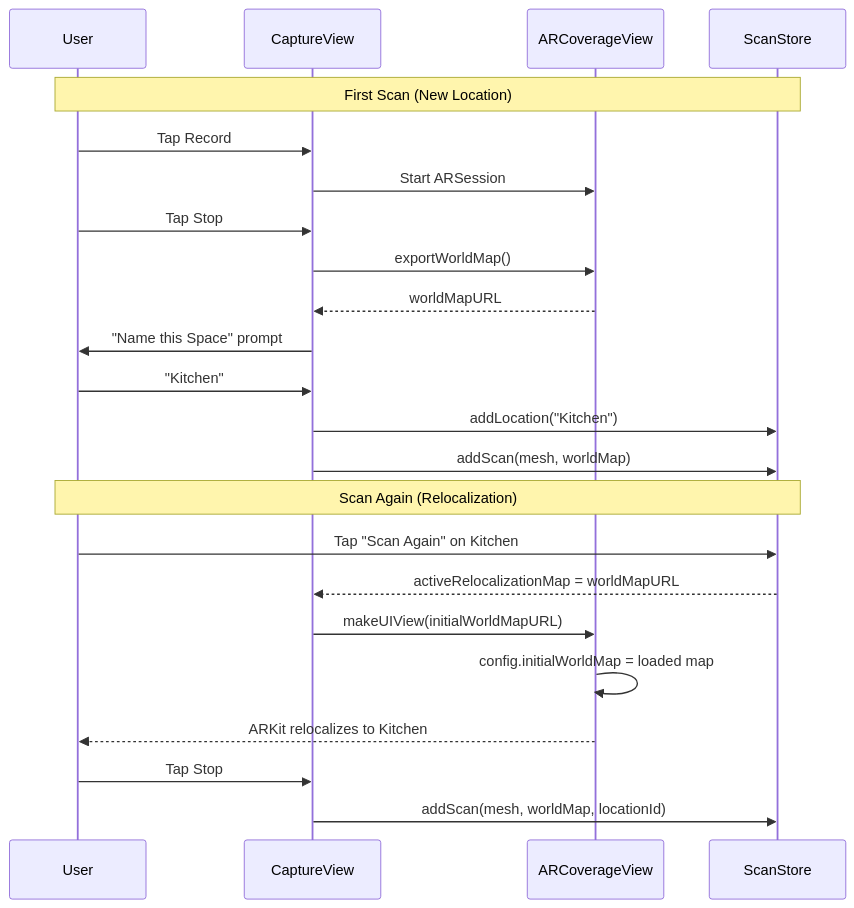
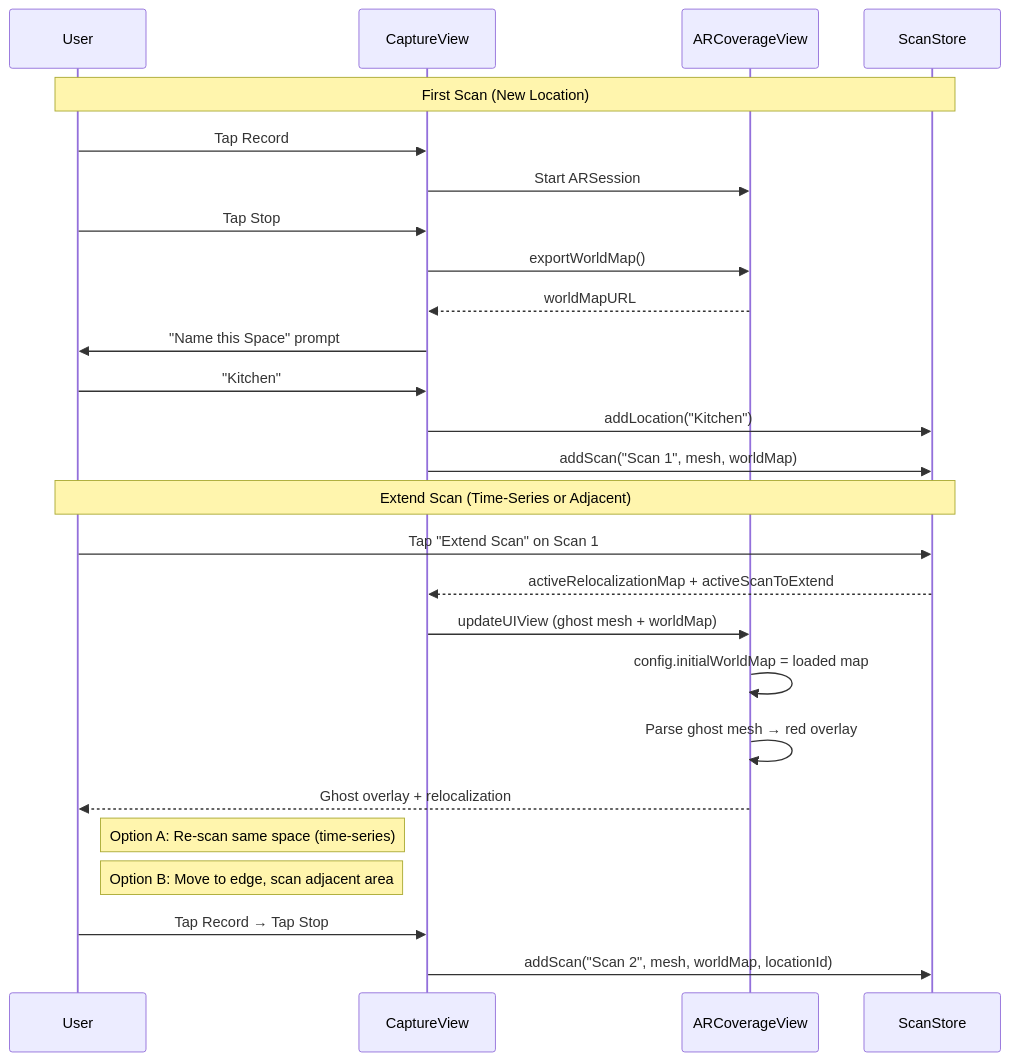
One commit to WiseLabCMU/wisescan-ios changed the fourth of 5 diagrams in REQUIREMENTS.md. Above: the diagram before and after it, drawn with Mermaid. The commit also changed other lines of this file and 3 other files, not shown here.

Commit message:
docs: relate use cases for time-series and large-scale stitching

````diff
--- a/REQUIREMENTS.md
+++ b/REQUIREMENTS.md
@@ -178,27 +178,30 @@
 ```mermaid
 sequenceDiagram
     participant U as User
     participant Cap as CaptureView
     participant AR as ARCoverageView
     participant SS as ScanStore
 
     Note over U,SS: First Scan (New Location)
     U->>Cap: Tap Record
     Cap->>AR: Start ARSession
     U->>Cap: Tap Stop
     Cap->>AR: exportWorldMap()
     AR-->>Cap: worldMapURL
     Cap->>U: "Name this Space" prompt
     U->>Cap: "Kitchen"
     Cap->>SS: addLocation("Kitchen")
-    Cap->>SS: addScan(mesh, worldMap)
+    Cap->>SS: addScan("Scan 1", mesh, worldMap)
 
-    Note over U,SS: Scan Again (Relocalization)
-    U->>SS: Tap "Scan Again" on Kitchen
-    SS-->>Cap: activeRelocalizationMap = worldMapURL
-    Cap->>AR: makeUIView(initialWorldMapURL)
+    Note over U,SS: Extend Scan (Time-Series or Adjacent)
+    U->>SS: Tap "Extend Scan" on Scan 1
+    SS-->>Cap: activeRelocalizationMap + activeScanToExtend
+    Cap->>AR: updateUIView (ghost mesh + worldMap)
     AR->>AR: config.initialWorldMap = loaded map
-    AR-->>U: ARKit relocalizes to Kitchen
-    U->>Cap: Tap Stop
-    Cap->>SS: addScan(mesh, worldMap, locationId)
+    AR->>AR: Parse ghost mesh → red overlay
+    AR-->>U: Ghost overlay + relocalization
+    Note right of U: Option A: Re-scan same space (time-series)
+    Note right of U: Option B: Move to edge, scan adjacent area
+    U->>Cap: Tap Record → Tap Stop
+    Cap->>SS: addScan("Scan 2", mesh, worldMap, locationId)
 ```
````
